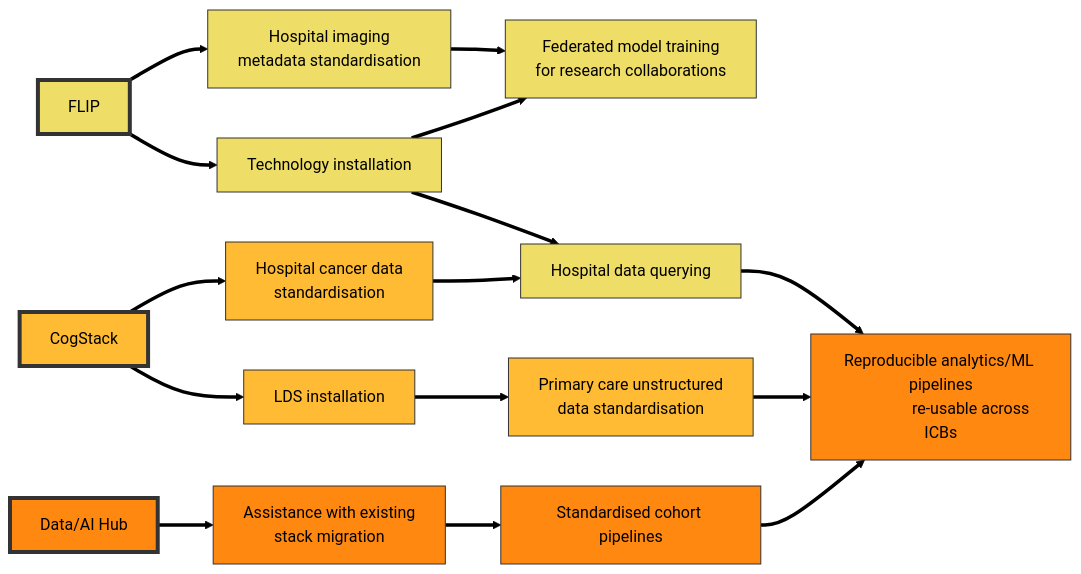
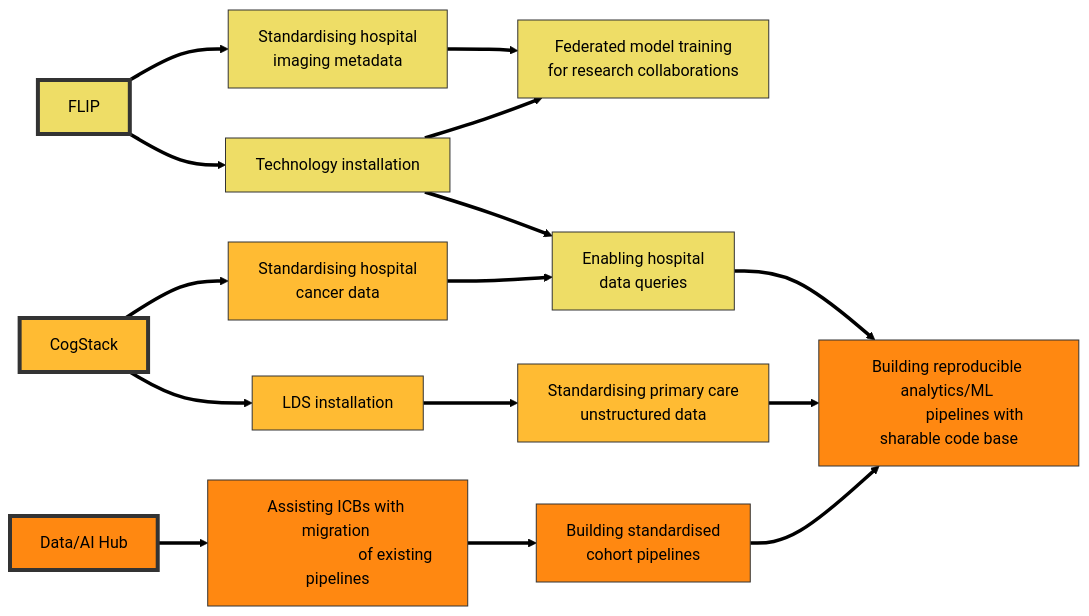
The second of 2 diagrams in docs/index.qmd (d3london/sde-aic), drawn with Mermaid (forest theme) before and after one commit. The commit also changed other lines of this file and 9 other files, not shown here.

````diff
--- a/docs/index.qmd
+++ b/docs/index.qmd
@@ -91,44 +91,46 @@
 ```{mermaid}
 %%| fig-width: 6
 %%| label: fig-aic-objectives
 %%| fig-cap: "Summary of AIC work components and objectives. FLIP = Federated Learning and Interoperability Platform; ML = Machine Learning."
 flowchart LR
-    FLIP["FLIP"] ==> A1["Hospital imaging 
-                      metadata standardisation"] 
+    FLIP["FLIP"] ==> A1["Standardising hospital 
+                          imaging metadata"] 
     FLIP ==> A2[Technology installation]
     A1 ==> A3["Federated model training
               for research collaborations"]
     A2 ==> A3
 
-    A2 ==> A4[Hospital data querying]
+    A2 ==> A4["Enabling hospital 
+              data queries"]
     B1 ==> A4
 
-    COG["CogStack"] ==> B1["Hospital cancer data 
-                            standardisation"]
-    COG ==> B2[LDS installation] ==> B3["Primary care unstructured 
-                                    data standardisation"]
+    COG["CogStack"] ==> B1["Standardising hospital 
+                            cancer data"]
+    COG ==> B2[LDS installation] ==> B3["Standardising primary care 
+                                      unstructured data"]
 
     A4 ==> C3
     B3 ==> C3
 
-    HUB[Data/AI Hub] ==> C1["Assistance with existing 
-                              stack migration"]
-    C1 ==> C2[Standardised cohort pipelines]
-    C2 ==> C3["Reproducible analytics/ML pipelines
-                re-usable across ICBs"]
+    HUB[Data/AI Hub] ==> C1["Assisting ICBs with migration 
+                              of existing pipelines"]
+    C1 ==> C2["Building standardised 
+                cohort pipelines"]
+    C2 ==> C3["Building reproducible analytics/ML 
+              pipelines with sharable code base"]
 
     classDef yellow fill:#ed6, stroke:#333, stroke-width:1px
     classDef lightorange fill:#fb3, stroke:#333, stroke-width:1px
     classDef orange fill:#f81, stroke:#333, stroke-width:1px
 
     classDef yellowbase fill:#ed6, stroke:#333, stroke-width:4px
     classDef lightorangebase fill:#fb3, stroke:#333, stroke-width:4px
     classDef orangebase fill:#f81, stroke:#333, stroke-width:4px
 
     class FLIP yellowbase
     class A1,A2,A3,A4 yellow
     class COG lightorangebase
     class B1,B2,B3 lightorange
     class HUB orangebase
     class C1,C2,C3 orange
 ```
````
